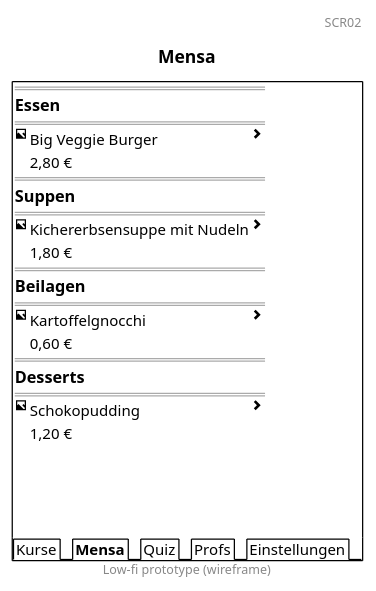
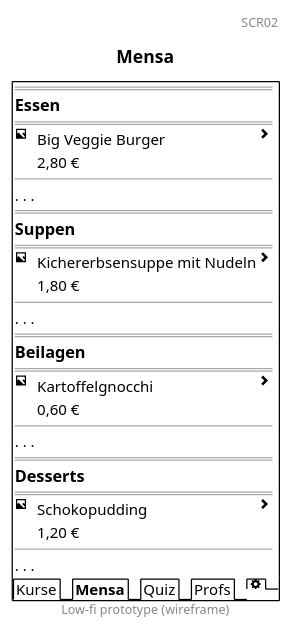
One commit to RobinNunkesser/plantuml changed the diagram in scr2.pu. Above: the diagram before and after it, drawn with PlantUML. The commit also changed 5 other files, not shown here.

```diff
--- a/scr2.pu
+++ b/scr2.pu
@@ -1,34 +1,38 @@
 @startsalt
 title Mensa
 header SCR02
 footer Low-fi prototype (wireframe)
 {+
 {
     == | * | * 
     === Essen | *
     == | * | *
     <&image> | Big Veggie Burger | <&chevron-right>
     . | 2,80 € | .
+    -- | * | *
+    . . .
     == | * | *
     === Suppen | *
     == | * | *
     <&image> | Kichererbsensuppe mit Nudeln | <&chevron-right>
     . | 1,80 € | .
+    -- | * | *
+    . . .
     == | * | *
     === Beilagen | *
     == | * | *
     <&image> | Kartoffelgnocchi | <&chevron-right>
     . | 0,60 € | .
+    -- | * | *
+    . . .
     == | * | *
     === Desserts | *
     == | * | *
     <&image> | Schokopudding | <&chevron-right>
     . | 1,20 € | .
-    .
-    .
-    .
-    .
+    -- | * | *
+    . . .
 }
-{/ Kurse | <b>Mensa | Quiz | Profs | Einstellungen }
+{/ Kurse | <b>Mensa | Quiz | Profs | <&cog> }
 }
 @endsalt
```
